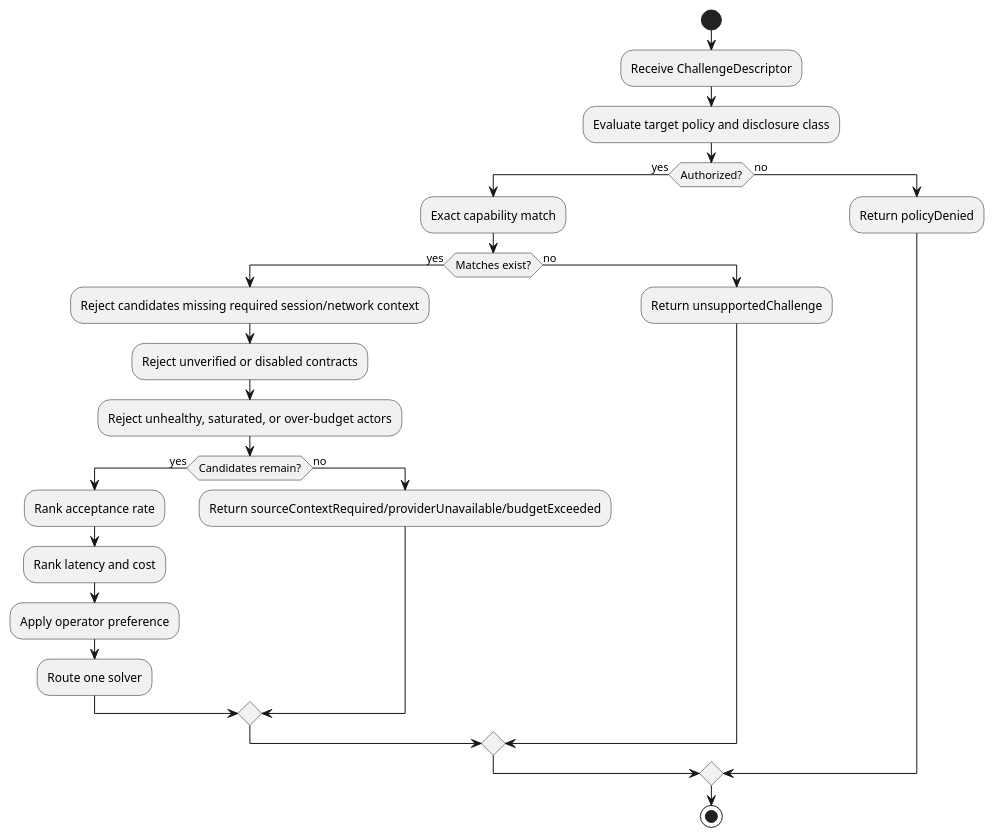
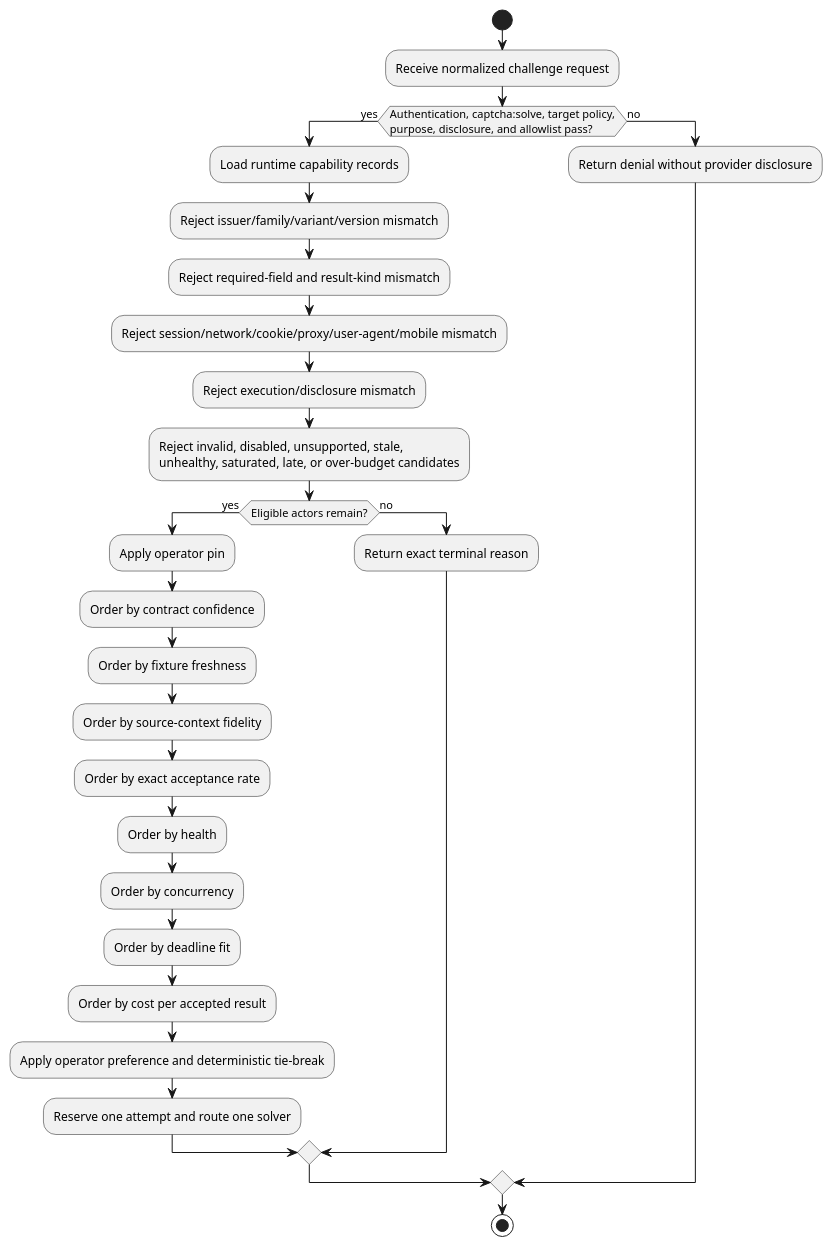
Before and after one commit to lost-rob0t/starintel-auto-research: the diagram in roam/research/starintel-pro-actors/STAR-PRO-RESEARCH-005-hcaptcha-provider-selection.org, drawn with PlantUML. The commit also changed other lines of this file, not shown here.

Commit message:
make solver selection exact and deterministic

```diff
--- a/roam/research/starintel-pro-actors/STAR-PRO-RESEARCH-005-hcaptcha-provider-selection.org
+++ b/roam/research/starintel-pro-actors/STAR-PRO-RESEARCH-005-hcaptcha-provider-selection.org
@@ -48,28 +86,34 @@
 #+begin_src plantuml
 @startuml
 start
-:Receive ChallengeDescriptor;
-:Evaluate target policy and disclosure class;
-if (Authorized?) then (yes)
-  :Exact capability match;
-  if (Matches exist?) then (yes)
-    :Reject candidates missing required session/network context;
-    :Reject unverified or disabled contracts;
-    :Reject unhealthy, saturated, or over-budget actors;
-    if (Candidates remain?) then (yes)
-      :Rank acceptance rate;
-      :Rank latency and cost;
-      :Apply operator preference;
-      :Route one solver;
-    else (no)
-      :Return sourceContextRequired/providerUnavailable/budgetExceeded;
-    endif
+:Receive normalized challenge request;
+if (Authentication, captcha:solve, target policy,
+purpose, disclosure, and allowlist pass?) then (yes)
+  :Load runtime capability records;
+  :Reject issuer/family/variant/version mismatch;
+  :Reject required-field and result-kind mismatch;
+  :Reject session/network/cookie/proxy/user-agent/mobile mismatch;
+  :Reject execution/disclosure mismatch;
+  :Reject invalid, disabled, unsupported, stale,
+unhealthy, saturated, late, or over-budget candidates;
+  if (Eligible actors remain?) then (yes)
+    :Apply operator pin;
+    :Order by contract confidence;
+    :Order by fixture freshness;
+    :Order by source-context fidelity;
+    :Order by exact acceptance rate;
+    :Order by health;
+    :Order by concurrency;
+    :Order by deadline fit;
+    :Order by cost per accepted result;
+    :Apply operator preference and deterministic tie-break;
+    :Reserve one attempt and route one solver;
   else (no)
-    :Return unsupportedChallenge;
+    :Return exact terminal reason;
   endif
 else (no)
-  :Return policyDenied;
+  :Return denial without provider disclosure;
 endif
 stop
 @enduml
 #+end_src
```
